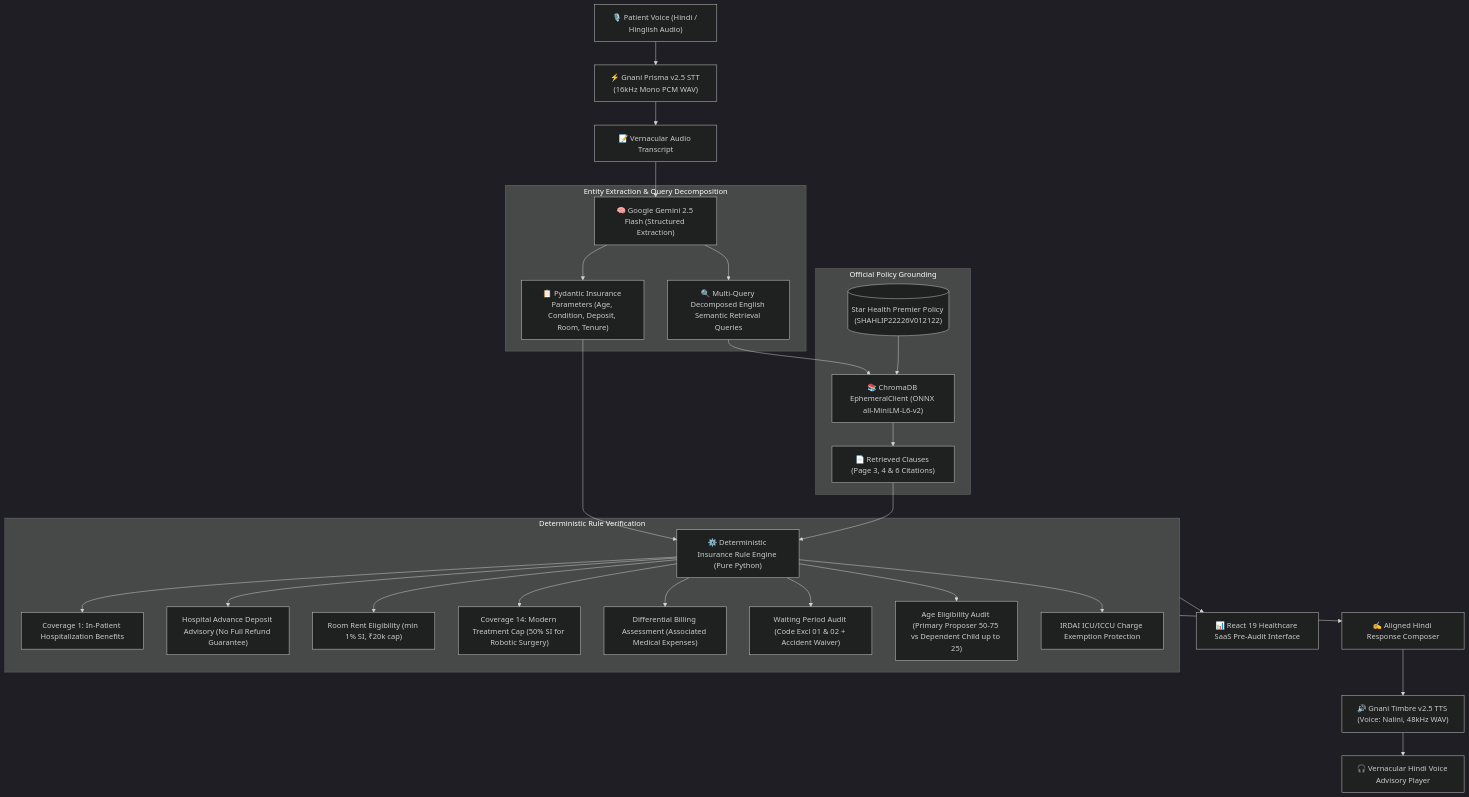
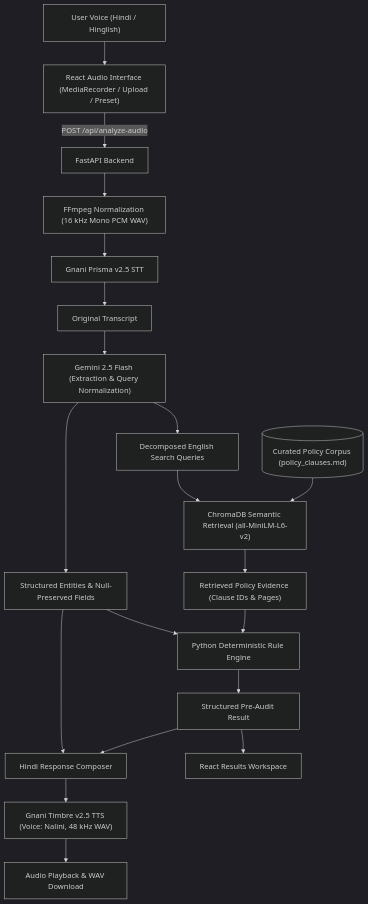
One commit to Bharadwaj710/BimaSakshi changed the diagram in README.md. Above: the diagram before and after it, drawn with Mermaid (dark theme). The commit also changed other lines of this file and 5 other files, not shown here.

````diff
--- a/README.md
+++ b/README.md
@@ -38,38 +96,27 @@
 ```mermaid
 flowchart TD
-    UserVoice["🎙️ Patient Voice (Hindi / Hinglish Audio)"] --> STT["⚡ Gnani Prisma v2.5 STT (16kHz Mono PCM WAV)"]
-    STT --> Transcript["📝 Vernacular Audio Transcript"]
-    Transcript --> LLM["🧠 Google Gemini 2.5 Flash (Structured Extraction)"]
-    
-    subgraph Extraction_Normalization["Entity Extraction & Query Decomposition"]
-        LLM --> Entities["📋 Pydantic Insurance Parameters (Age, Condition, Deposit, Room, Tenure)"]
-        LLM --> Queries["🔍 Multi-Query Decomposed English Semantic Retrieval Queries"]
-    end
-    
-    Queries --> Chroma["📚 ChromaDB EphemeralClient (ONNX all-MiniLM-L6-v2)"]
-    
-    subgraph Policy_Grounding["Official Policy Grounding"]
-        Clauses[("Star Health Premier Policy (SHAHLIP22226V012122)")] --> Chroma
-        Chroma --> RetrievedClauses["📄 Retrieved Clauses (Page 3, 4 & 6 Citations)"]
-    end
-    
-    Entities --> RuleEngine["⚙️ Deterministic Insurance Rule Engine (Pure Python)"]
-    RetrievedClauses --> RuleEngine
-    
-    subgraph Rule_Evaluation["Deterministic Rule Verification"]
-        RuleEngine --> BenefitsCheck["Coverage 1: In-Patient Hospitalization Benefits"]
-        RuleEngine --> DepositAudit["Hospital Advance Deposit Advisory (No Full Refund Guarantee)"]
-        RuleEngine --> RoomRentCheck["Room Rent Eligibility (min 1% SI, ₹20k cap)"]
-        RuleEngine --> ModernLimit["Coverage 14: Modern Treatment Cap (50% SI for Robotic Surgery)"]
-        RuleEngine --> PropDeduction["Differential Billing Assessment (Associated Medical Expenses)"]
-        RuleEngine --> WaitingPeriod["Waiting Period Audit (Code Excl 01 & 02 + Accident Waiver)"]
-        RuleEngine --> AgeAudit["Age Eligibility Audit (Primary Proposer 50-75 vs Dependent Child up to 25)"]
-        RuleEngine --> Exemptions["IRDAI ICU/ICCU Charge Exemption Protection"]
-    end
-    
-    Rule_Evaluation --> AdvisoryComposer["✍️ Aligned Hindi Response Composer"]
-    AdvisoryComposer --> TTS["🔊 Gnani Timbre v2.5 TTS (Voice: Nalini, 48kHz WAV)"]
-    
-    TTS --> VoiceBanner["🎧 Vernacular Hindi Voice Advisory Player"]
-    Rule_Evaluation --> Dashboard["📊 React 19 Healthcare SaaS Pre-Audit Interface"]
+    UserVoice["User Voice (Hindi / Hinglish)"] --> ReactInput["React Audio Interface (MediaRecorder / Upload / Preset)"]
+    ReactInput -->|"POST /api/analyze-audio"| FastAPI["FastAPI Backend"]
+    FastAPI --> FFmpeg["FFmpeg Normalization (16 kHz Mono PCM WAV)"]
+    FFmpeg --> Prisma["Gnani Prisma v2.5 STT"]
+    Prisma --> Transcript["Original Transcript"]
+
+    Transcript --> Gemini["Gemini 2.5 Flash (Extraction & Query Normalization)"]
+    Gemini --> Entities["Structured Entities & Null-Preserved Fields"]
+    Gemini --> Queries["Decomposed English Search Queries"]
+
+    Queries --> Chroma["ChromaDB Semantic Retrieval (all-MiniLM-L6-v2)"]
+    Corpus[("Curated Policy Corpus (policy_clauses.md)")] --> Chroma
+    Chroma --> Evidence["Retrieved Policy Evidence (Clause IDs & Pages)"]
+
+    Entities --> RuleEngine["Python Deterministic Rule Engine"]
+    Evidence --> RuleEngine
+    RuleEngine --> Result["Structured Pre-Audit Result"]
+
+    Entities --> Composer["Hindi Response Composer"]
+    Result --> Composer
+    Composer --> Timbre["Gnani Timbre v2.5 TTS (Voice: Nalini, 48 kHz WAV)"]
+
+    Result --> ReactUI["React Results Workspace"]
+    Timbre --> AudioPlayer["Audio Playback & WAV Download"]
 ```
````
